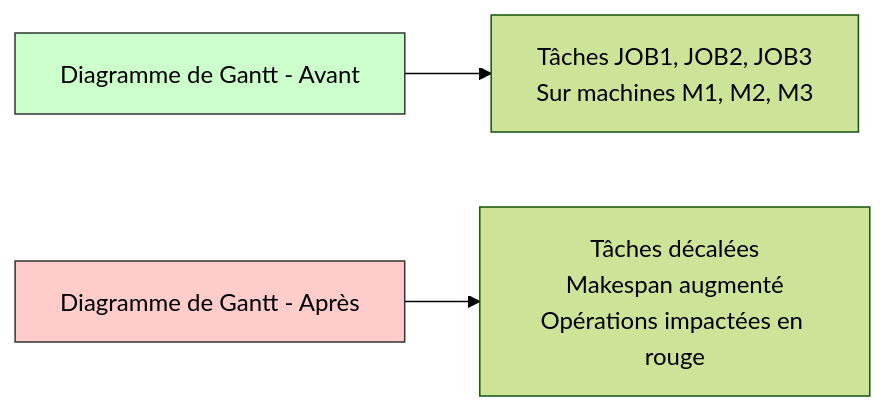
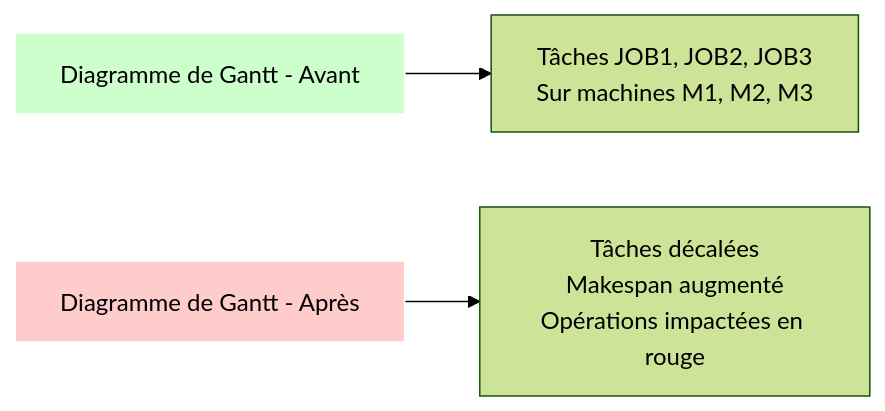
The second of 2 diagrams in README.md (JAAFOURAMouez/Supply-chain-planning-system), drawn with Mermaid (forest theme) before and after one commit. The commit also changed other lines of this file, not shown here.

````diff
--- a/README.md
+++ b/README.md
@@ -92,8 +92,8 @@
 ```mermaid
 graph LR
     A[Diagramme de Gantt - Avant] --> B[Tâches JOB1, JOB2, JOB3<br/>Sur machines M1, M2, M3]
     C[Diagramme de Gantt - Après] --> D[Tâches décalées<br/>Makespan augmenté<br/>Opérations impactées en rouge]
     
-    style A fill:#cfc,stroke:#333
-    style C fill:#fcc,stroke:#333
+    style A fill:#cfc,stroke:#FFF
+    style C fill:#fcc,stroke:#FFF
 ```
````
